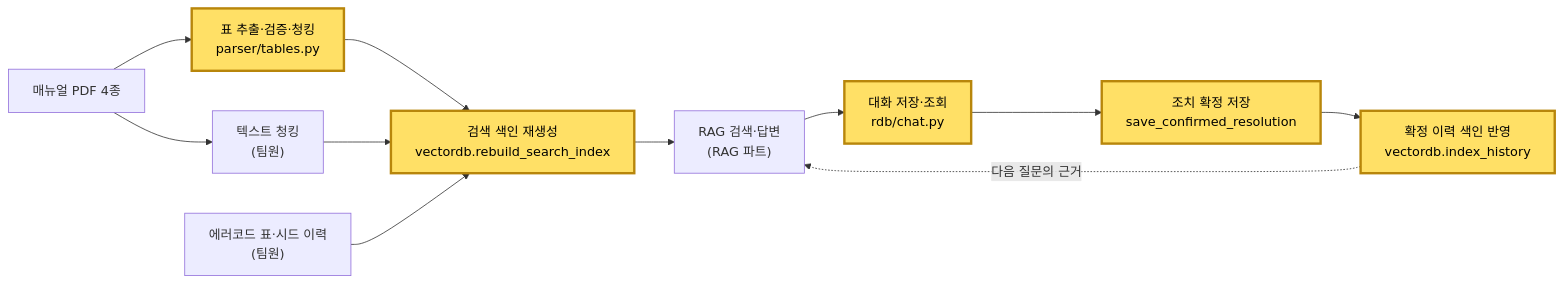
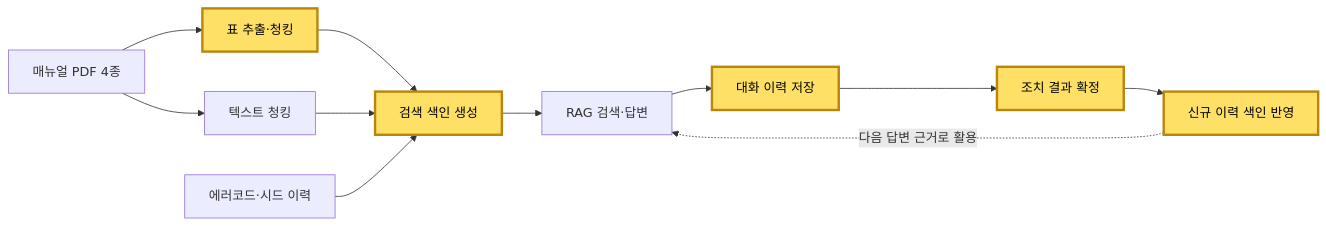
Before and after one commit to 8113jsl-ui/m-pilot: the diagram in README.md, drawn with Mermaid. The commit also changed other lines of this file, not shown here.

````diff
--- a/README.md
+++ b/README.md
@@ -43,16 +45,16 @@
 ```mermaid
 flowchart LR
-    PDF["매뉴얼 PDF 4종"] --> T["표 추출·검증·청킹<br/>parser/tables.py"]
-    PDF --> X["텍스트 청킹<br/>(팀원)"]
-    T --> IDX["검색 색인 재생성<br/>vectordb.rebuild_search_index"]
+    PDF["매뉴얼 PDF 4종"] --> T["표 추출·청킹"]
+    PDF --> X["텍스트 청킹"]
+    T --> IDX["검색 색인 생성"]
     X --> IDX
-    CODE["에러코드 표·시드 이력<br/>(팀원)"] --> IDX
-    IDX --> RAG["RAG 검색·답변<br/>(RAG 파트)"]
-    RAG --> CHAT["대화 저장·조회<br/>rdb/chat.py"]
-    CHAT --> RES["조치 확정 저장<br/>save_confirmed_resolution"]
-    RES --> HIS["확정 이력 색인 반영<br/>vectordb.index_history"]
-    HIS -.->|"다음 질문의 근거"| RAG
+    CODE["에러코드·시드 이력"] --> IDX
+    IDX --> RAG["RAG 검색·답변"]
+    RAG --> CHAT["대화 이력 저장"]
+    CHAT --> RES["조치 결과 확정"]
+    RES --> HIS["신규 이력 색인 반영"]
+    HIS -.->|"다음 답변 근거로 활용"| RAG
 
     classDef mine fill:#FFE066,stroke:#B8860B,stroke-width:3px,color:#000;
     class T,IDX,CHAT,RES,HIS mine;
 ```
````
